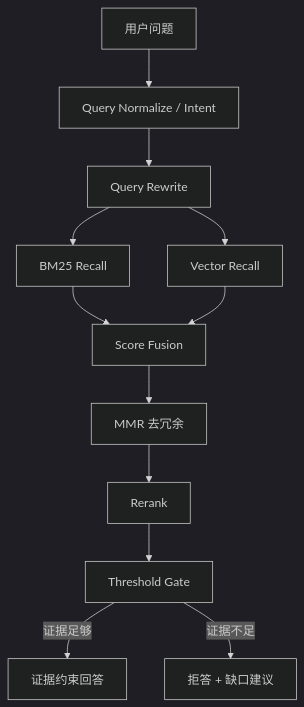
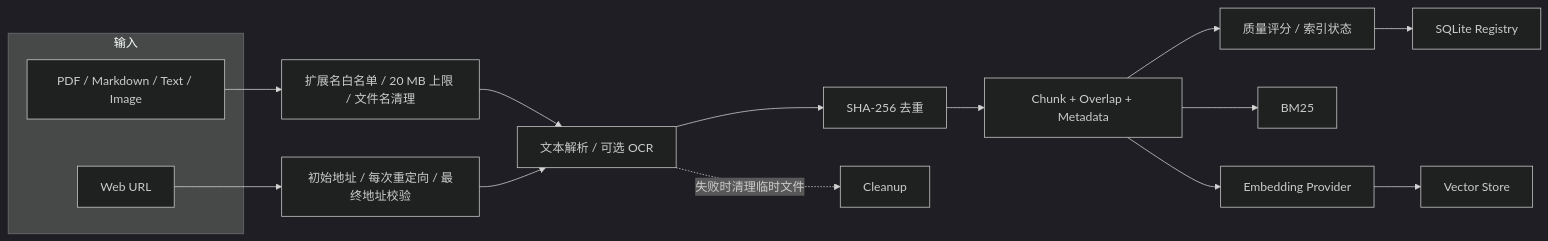
Before and after one commit to 728792899-create/personal-multimodal-rag: the second of 5 diagrams in docs/architecture.md, drawn with Mermaid (dark theme). The commit also changed other lines of this file and 3 other files, not shown here.

Commit message:
docs: add portfolio screenshots and architecture diagrams

````diff
--- a/docs/architecture.md
+++ b/docs/architecture.md
@@ -38,14 +72,20 @@
 ```mermaid
-flowchart TD
-  Q["用户问题"] --> N["Query Normalize / Intent"]
-  N --> R["Query Rewrite"]
-  R --> B["BM25 Recall"]
-  R --> V["Vector Recall"]
-  B --> F["Score Fusion"]
-  V --> F
-  F --> M["MMR 去冗余"]
-  M --> X["Rerank"]
-  X --> T["Threshold Gate"]
-  T -->|证据足够| A["证据约束回答"]
-  T -->|证据不足| Z["拒答 + 缺口建议"]
+flowchart LR
+  subgraph INPUT["输入"]
+    FILE["PDF / Markdown / Text / Image"]
+    URL["Web URL"]
+  end
+
+  FILE --> FGUARD["扩展名白名单 / 20 MB 上限 / 文件名清理"]
+  URL --> UGUARD["初始地址 / 每次重定向 / 最终地址校验"]
+  FGUARD --> PARSE["文本解析 / 可选 OCR"]
+  UGUARD --> PARSE
+  PARSE --> HASH["SHA-256 去重"]
+  HASH --> CHUNK["Chunk + Overlap + Metadata"]
+  CHUNK --> QUALITY["质量评分 / 索引状态"]
+  CHUNK --> BM25["BM25"]
+  CHUNK --> EMBED["Embedding Provider"]
+  EMBED --> VECTOR["Vector Store"]
+  QUALITY --> REGISTRY["SQLite Registry"]
+  PARSE -. "失败时清理临时文件" .-> CLEANUP["Cleanup"]
 ```
````
